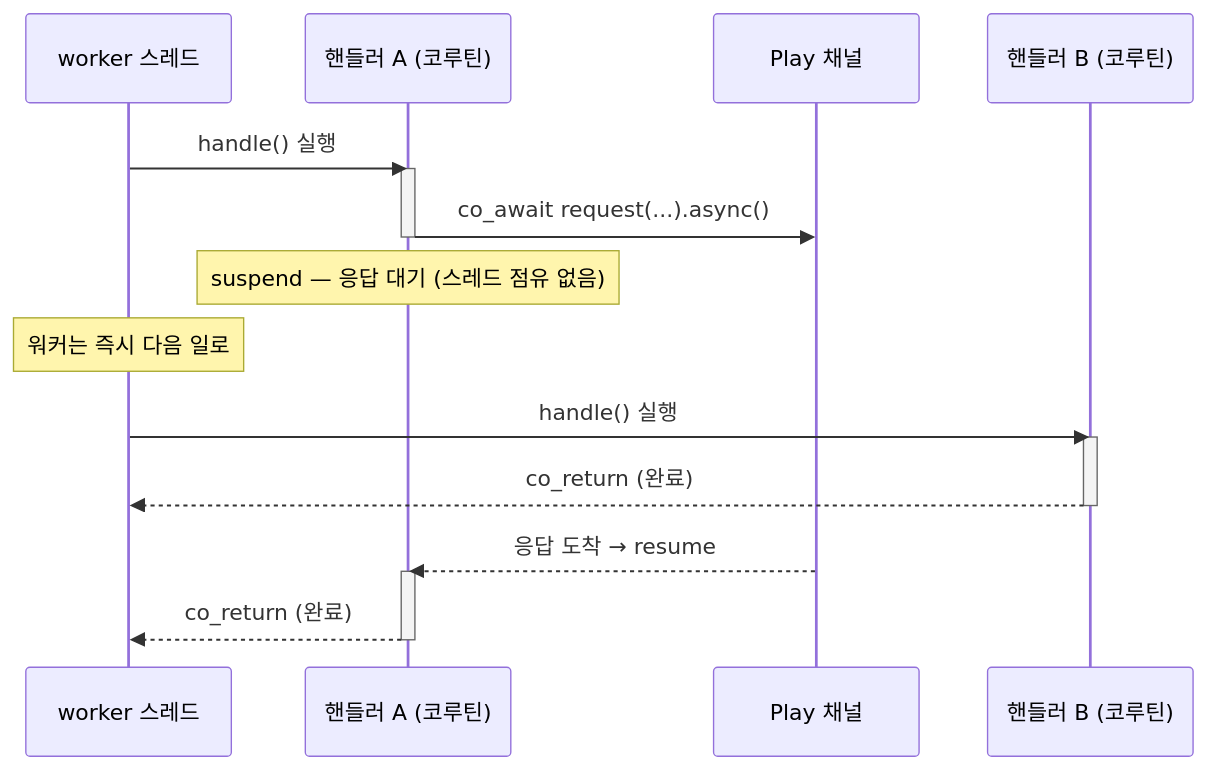
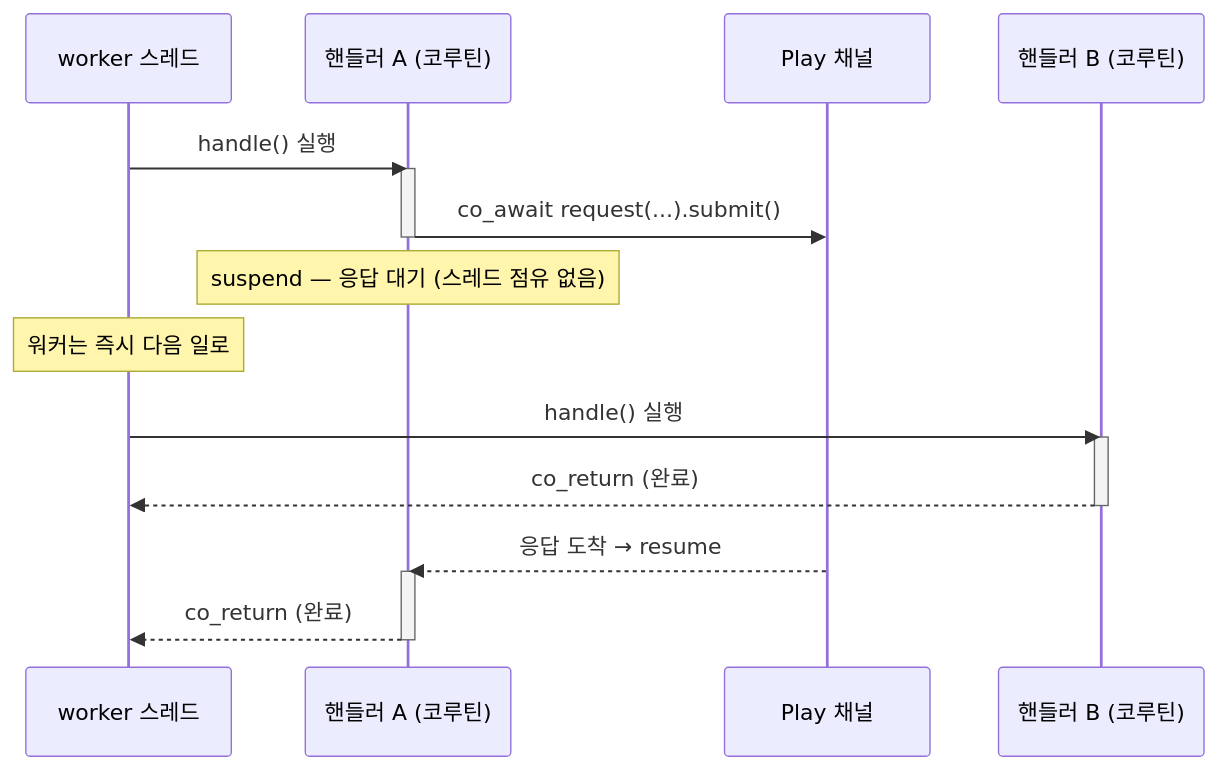
One commit to kairos-code-dev/zlink changed the seventh of 8 diagrams in framework/doc/framework/cpp/guide/03-concepts.ko.md. Above: the diagram before and after it, drawn with Mermaid. The commit also changed other lines of this file and 920 other files, not shown here.

````diff
--- a/framework/doc/framework/cpp/guide/03-concepts.ko.md
+++ b/framework/doc/framework/cpp/guide/03-concepts.ko.md
@@ -261,22 +261,22 @@
 ```mermaid
 sequenceDiagram
     participant W as worker 스레드
     participant H1 as 핸들러 A (코루틴)
     participant CH as Play 채널
     participant H2 as 핸들러 B (코루틴)
 
     W->>H1: handle() 실행
     activate H1
-    H1->>CH: co_await request(...).async()
+    H1->>CH: co_await request(...).submit()
     deactivate H1
     Note over H1: suspend — 응답 대기 (스레드 점유 없음)
     Note over W: 워커는 즉시 다음 일로
     W->>H2: handle() 실행
     activate H2
     H2-->>W: co_return (완료)
     deactivate H2
     CH-->>H1: 응답 도착 → resume
     activate H1
     H1-->>W: co_return (완료)
     deactivate H1
 ```
````
